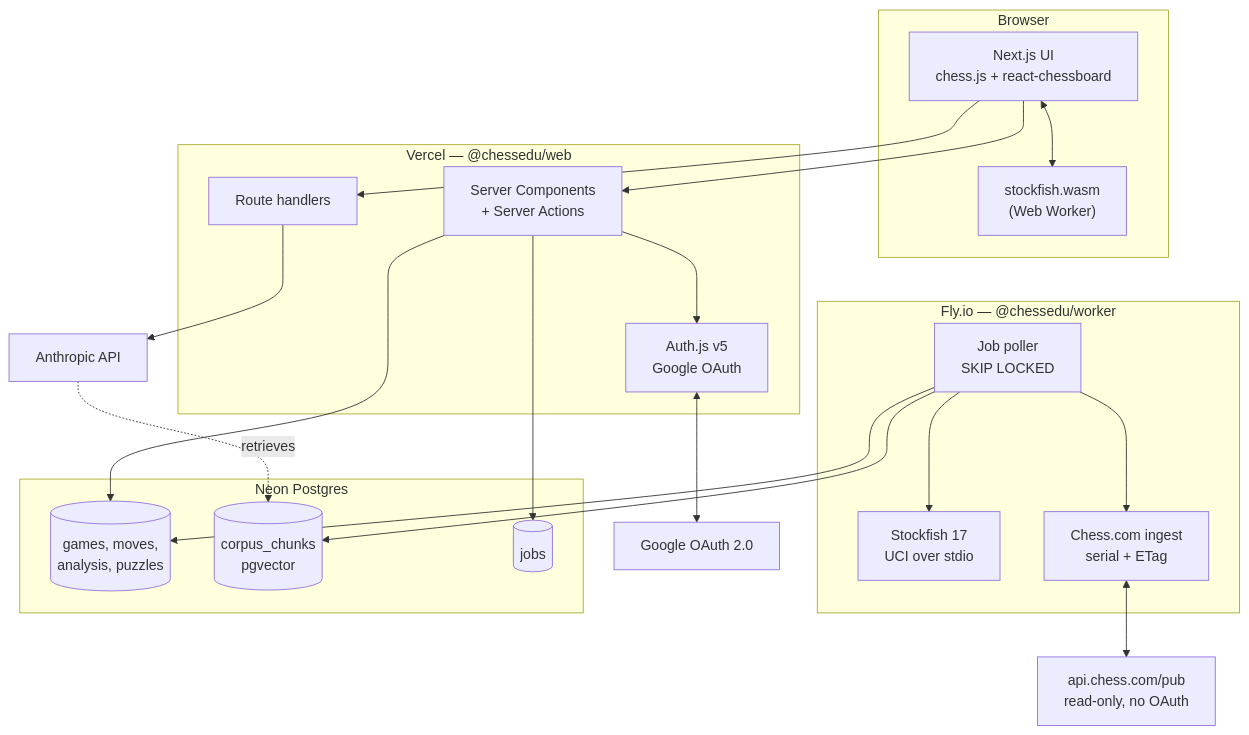
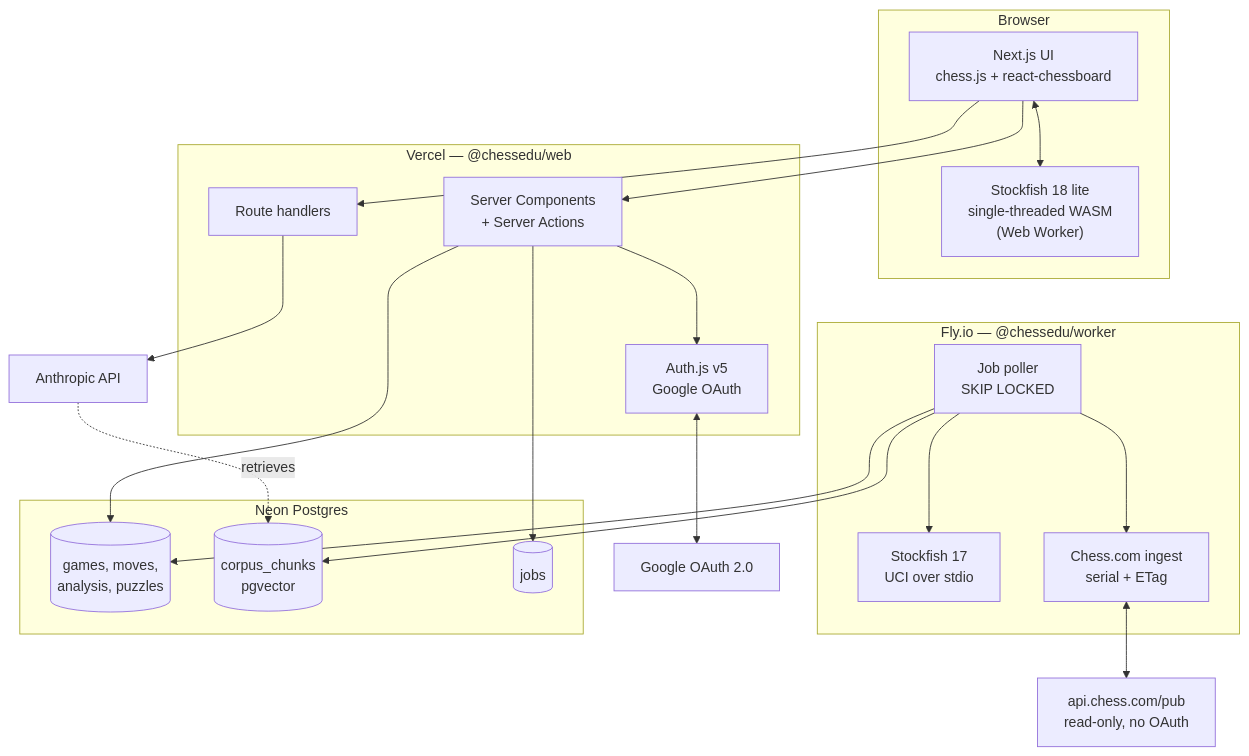
One commit to SimonF-Codes/ChessEdu changed the first of 4 diagrams in docs/architecture.md. Above: the diagram before and after it, drawn with Mermaid. The commit also changed other lines of this file and 27 other files, not shown here.

````diff
--- a/docs/architecture.md
+++ b/docs/architecture.md
@@ -38,44 +38,44 @@
 ```mermaid
 flowchart TB
     subgraph browser["Browser"]
         UI["Next.js UI<br/>chess.js + react-chessboard"]
-        WASM["stockfish.wasm<br/>(Web Worker)"]
+        WASM["Stockfish 18 lite<br/>single-threaded WASM<br/>(Web Worker)"]
         UI <--> WASM
     end
 
     subgraph vercel["Vercel — @chessedu/web"]
         RSC["Server Components<br/>+ Server Actions"]
         AUTH["Auth.js v5<br/>Google OAuth"]
         API["Route handlers"]
     end
 
     subgraph fly["Fly.io — @chessedu/worker"]
         POLL["Job poller<br/>SKIP LOCKED"]
         SF["Stockfish 17<br/>UCI over stdio"]
         ING["Chess.com ingest<br/>serial + ETag"]
         POLL --> SF
         POLL --> ING
     end
 
     subgraph data["Neon Postgres"]
         CORE[("games, moves,<br/>analysis, puzzles")]
         VEC[("corpus_chunks<br/>pgvector")]
         JOBS[("jobs")]
     end
 
     GOOG["Google OAuth 2.0"]
     CC["api.chess.com/pub<br/>read-only, no OAuth"]
     LLM["Anthropic API"]
 
     UI --> RSC
     UI --> API
     RSC --> AUTH
     AUTH <--> GOOG
     RSC --> CORE
     RSC --> JOBS
     API --> LLM
     LLM -.retrieves.-> VEC
     ING <--> CC
     POLL --> CORE
     POLL --> VEC
 ```
````
